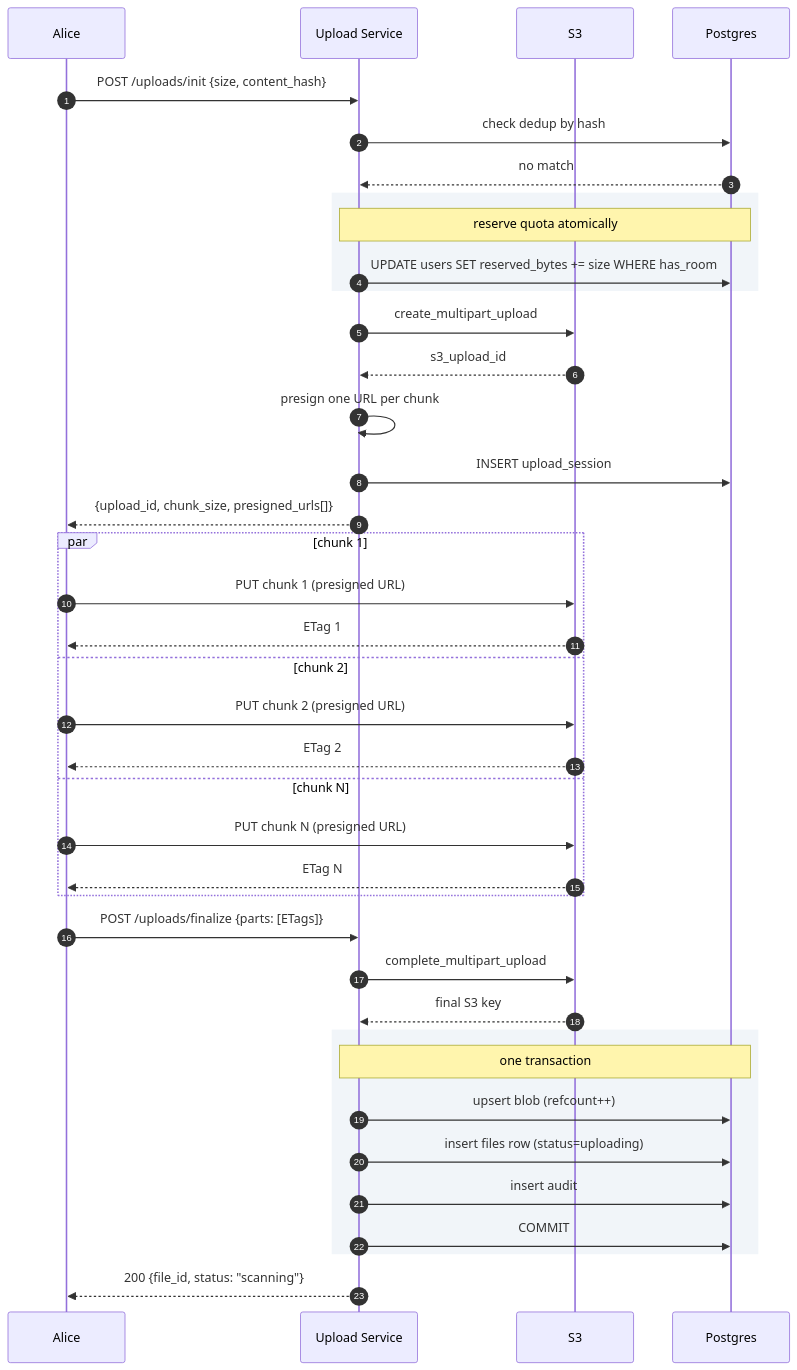
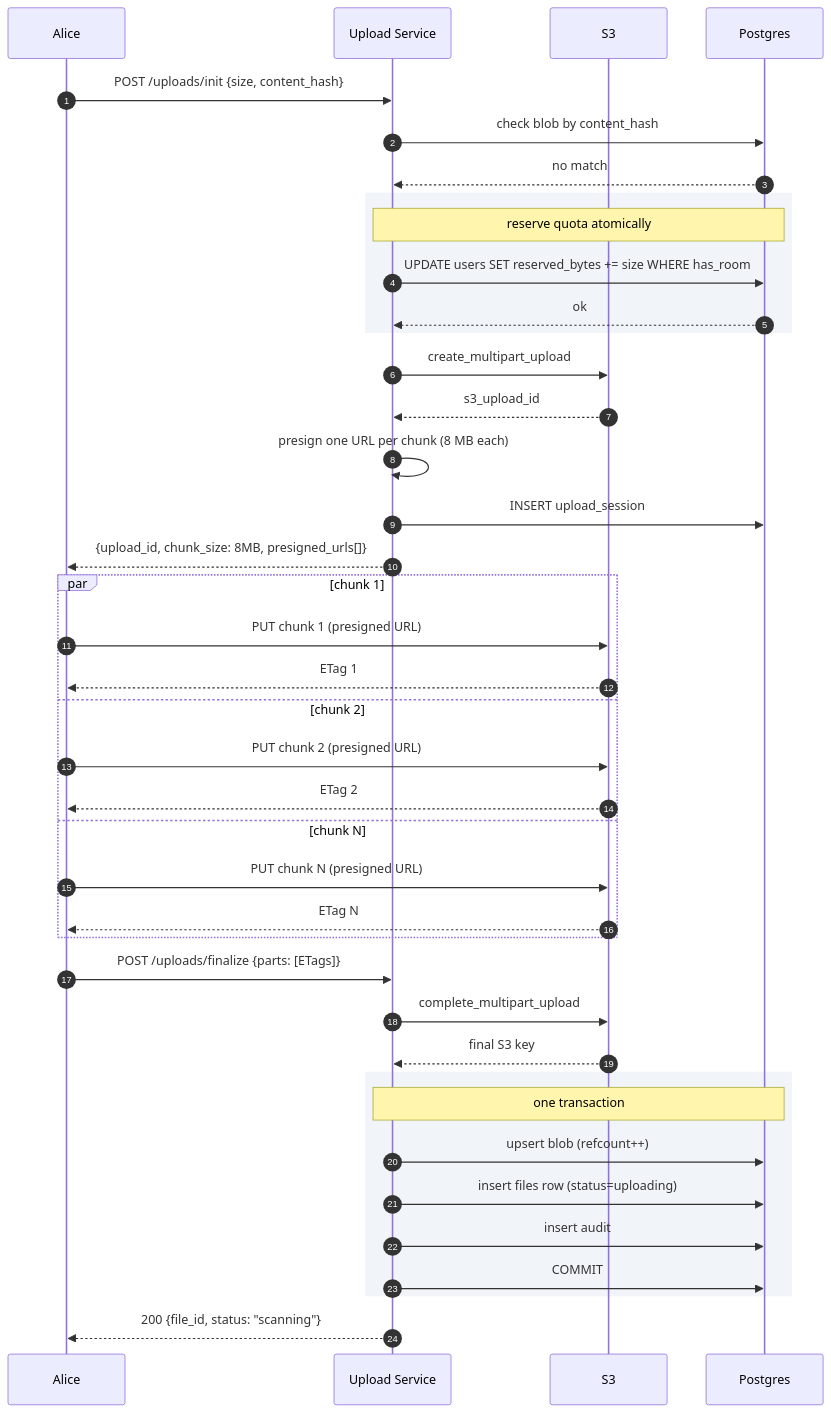
The sixth of 19 diagrams in _practice/system-design/020-file-upload-share.md (shiningflash/shiningflash.github.io), drawn with Mermaid before and after one commit. The commit also changed other lines of this file and 18 other files, not shown here.

````diff
--- a/_practice/system-design/020-file-upload-share.md
+++ b/_practice/system-design/020-file-upload-share.md
@@ -268,48 +235,49 @@
 ```mermaid
 sequenceDiagram
     autonumber
     participant Alice
     participant US as Upload Service
     participant S3
     participant DB as Postgres
 
     Alice->>US: POST /uploads/init {size, content_hash}
-    US->>DB: check dedup by hash
+    US->>DB: check blob by content_hash
     DB-->>US: no match
 
     rect rgb(241, 245, 249)
         Note over US,DB: reserve quota atomically
         US->>DB: UPDATE users SET reserved_bytes += size WHERE has_room
+        DB-->>US: ok
     end
 
     US->>S3: create_multipart_upload
     S3-->>US: s3_upload_id
-    US->>US: presign one URL per chunk
+    US->>US: presign one URL per chunk (8 MB each)
     US->>DB: INSERT upload_session
-    US-->>Alice: {upload_id, chunk_size, presigned_urls[]}
+    US-->>Alice: {upload_id, chunk_size: 8MB, presigned_urls[]}
 
     par chunk 1
         Alice->>S3: PUT chunk 1 (presigned URL)
         S3-->>Alice: ETag 1
     and chunk 2
         Alice->>S3: PUT chunk 2 (presigned URL)
         S3-->>Alice: ETag 2
     and chunk N
         Alice->>S3: PUT chunk N (presigned URL)
         S3-->>Alice: ETag N
     end
 
     Alice->>US: POST /uploads/finalize {parts: [ETags]}
     US->>S3: complete_multipart_upload
     S3-->>US: final S3 key
 
     rect rgb(241, 245, 249)
         Note over US,DB: one transaction
         US->>DB: upsert blob (refcount++)
         US->>DB: insert files row (status=uploading)
         US->>DB: insert audit
         US->>DB: COMMIT
     end
 
     US-->>Alice: 200 {file_id, status: "scanning"}
 ```
````
